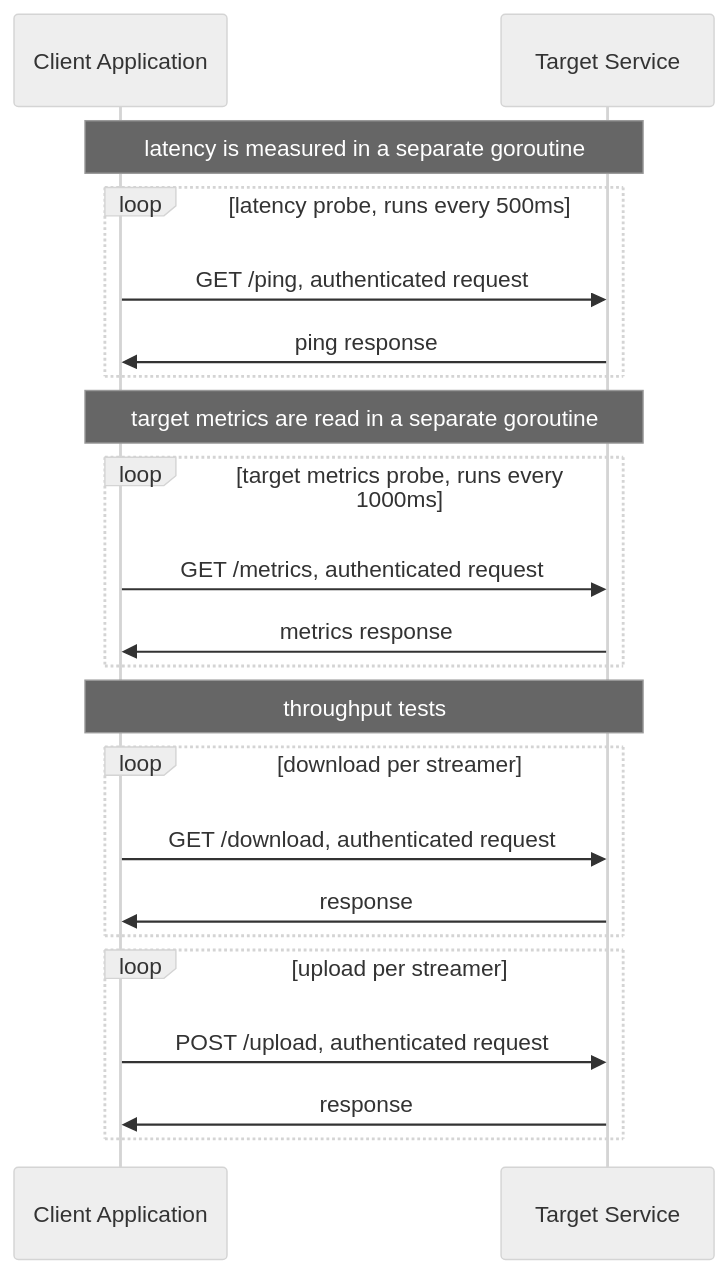
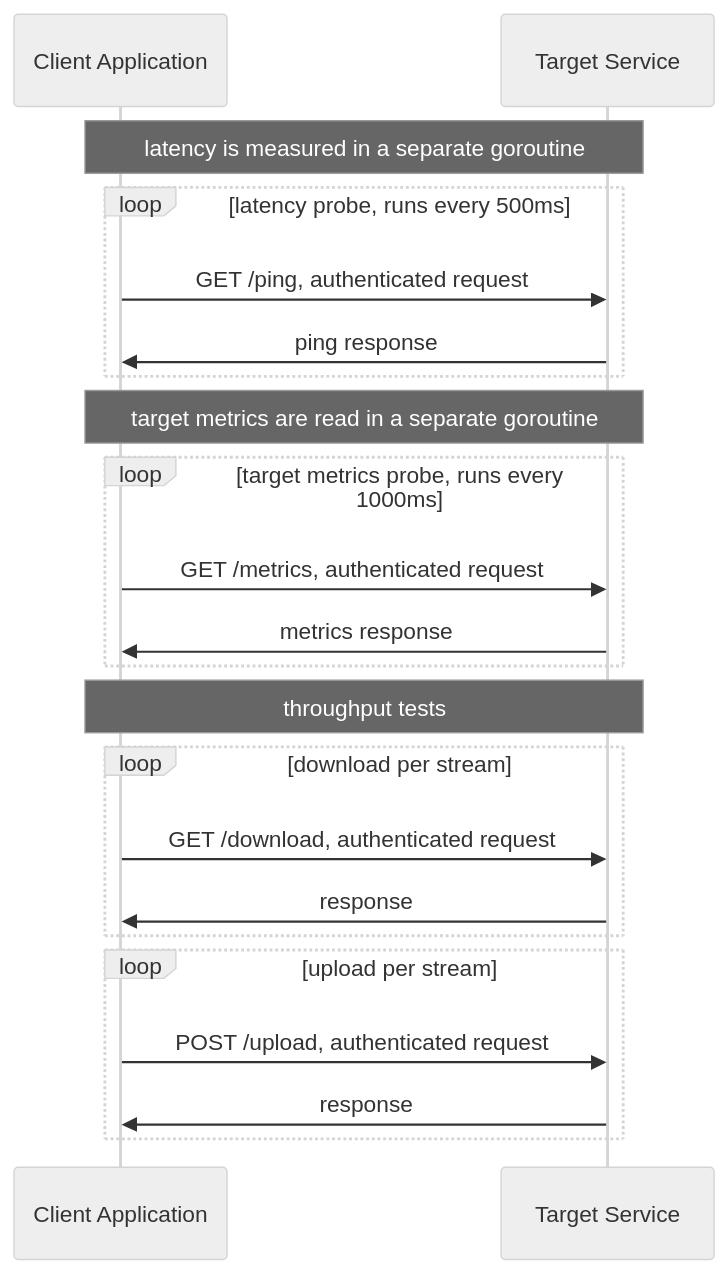
Before and after one commit to viktorzavadil/speedtest: the second of 2 diagrams in README.md, drawn with Mermaid.

Commit message:
doc polishing

````diff
--- a/README.md
+++ b/README.md
@@ -97,32 +97,32 @@
 ```mermaid
 ---
 config:
   theme: neutral
 ---
 sequenceDiagram
     participant C as Client Application
     participant T as Target Service
     Note over C, T: latency is measured in a separate goroutine
     loop latency probe, runs every 500ms
         C ->> T: GET /ping, authenticated request
         T ->> C: ping response
     end
 
     Note over C, T: target metrics are read in a separate goroutine
     loop target metrics probe, runs every 1000ms
         C ->> T: GET /metrics, authenticated request
         T ->> C: metrics response
     end
 
     Note over C, T: throughput tests
-    loop download per streamer
+    loop download per stream
         C ->> T: GET /download, authenticated request
         T ->> C: response
     end
 
-    loop upload per streamer
+    loop upload per stream
         C ->> T: POST /upload, authenticated request
         T ->> C: response
     end
 
 ```
````
